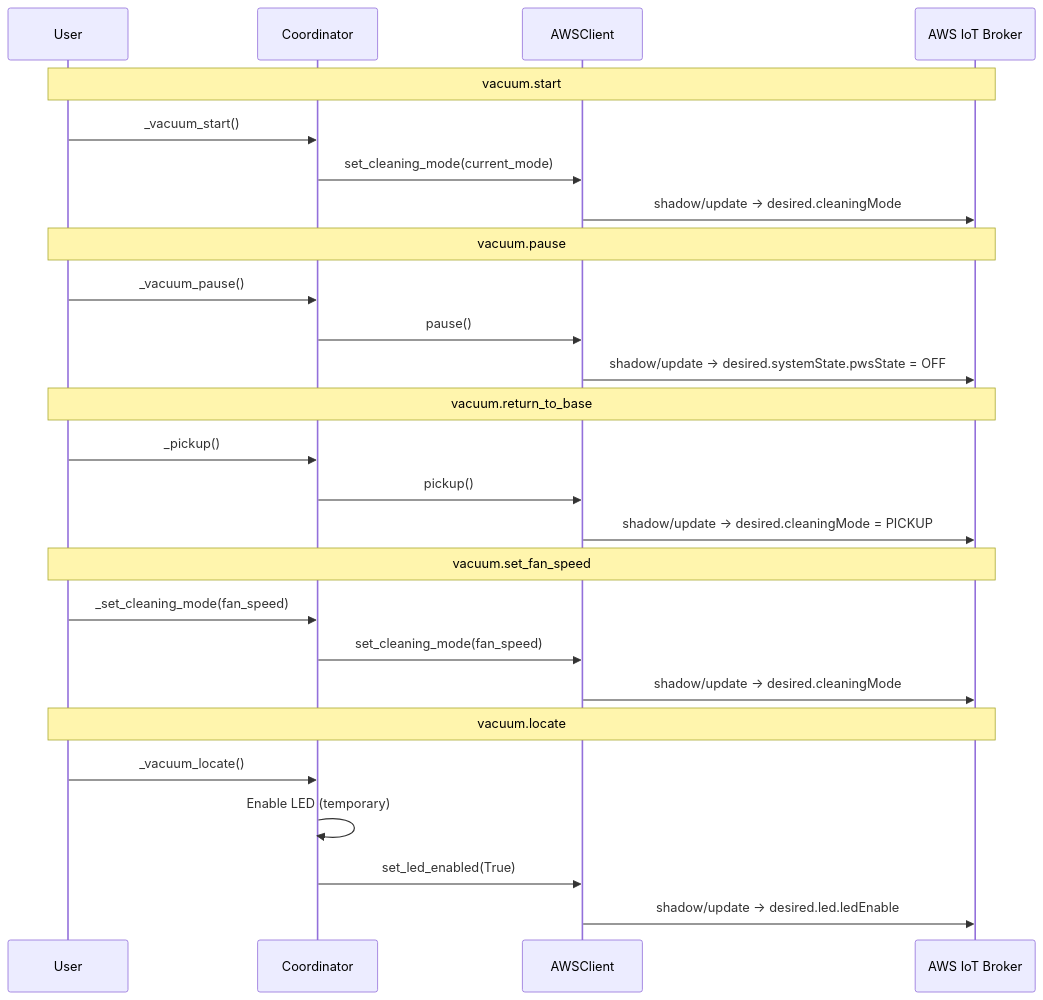
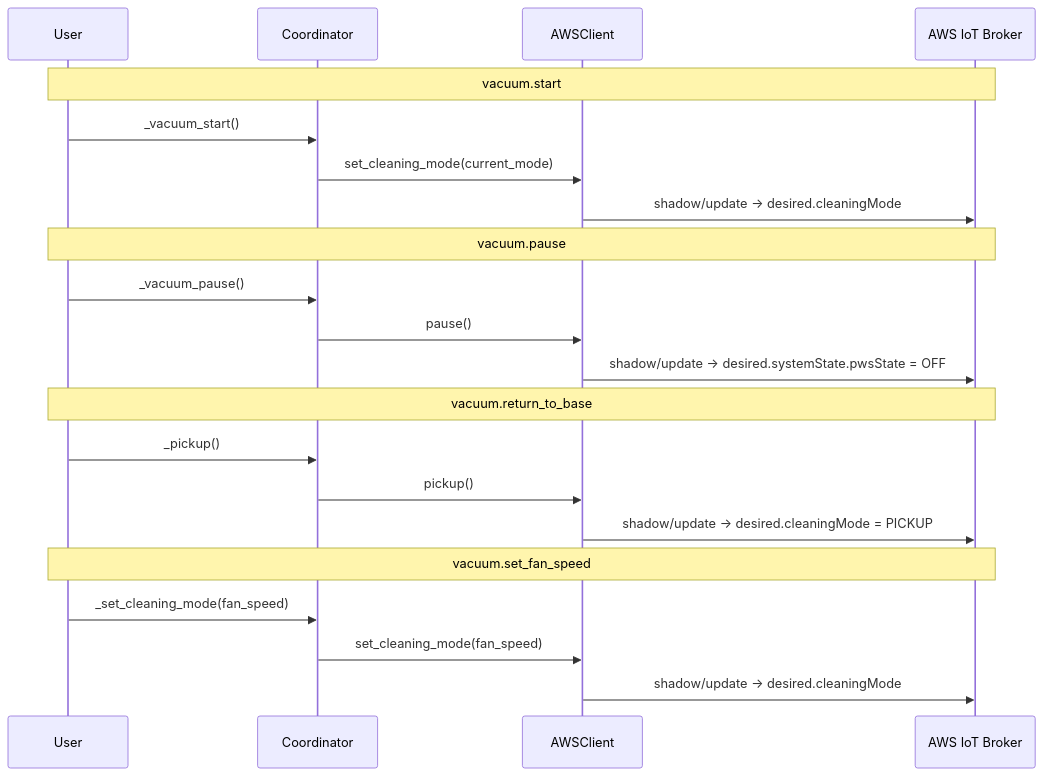
Before and after one commit to sh00t2kill/dolphin-robot: the third of 4 diagrams in docs/Maytronics/05-entity-actions.md, drawn with Mermaid. The commit also changed 7 other files, not shown here.

First line of the commit message:
Remove the vacuum Locate action

````diff
--- a/docs/Maytronics/05-entity-actions.md
+++ b/docs/Maytronics/05-entity-actions.md
@@ -150,33 +150,27 @@
 ```mermaid
 sequenceDiagram
     participant User as User
     participant Coord as Coordinator
     participant AWS as AWSClient
     participant Broker as AWS IoT Broker
 
     Note over User,Broker: vacuum.start
     User->>Coord: _vacuum_start()
     Coord->>AWS: set_cleaning_mode(current_mode)
     AWS->>Broker: shadow/update → desired.cleaningMode
 
     Note over User,Broker: vacuum.pause
     User->>Coord: _vacuum_pause()
     Coord->>AWS: pause()
     AWS->>Broker: shadow/update → desired.systemState.pwsState = OFF
 
     Note over User,Broker: vacuum.return_to_base
     User->>Coord: _pickup()
     Coord->>AWS: pickup()
     AWS->>Broker: shadow/update → desired.cleaningMode = PICKUP
 
     Note over User,Broker: vacuum.set_fan_speed
     User->>Coord: _set_cleaning_mode(fan_speed)
     Coord->>AWS: set_cleaning_mode(fan_speed)
     AWS->>Broker: shadow/update → desired.cleaningMode
-
-    Note over User,Broker: vacuum.locate
-    User->>Coord: _vacuum_locate()
-    Coord->>Coord: Enable LED (temporary)
-    Coord->>AWS: set_led_enabled(True)
-    AWS->>Broker: shadow/update → desired.led.ledEnable
 ```
````
